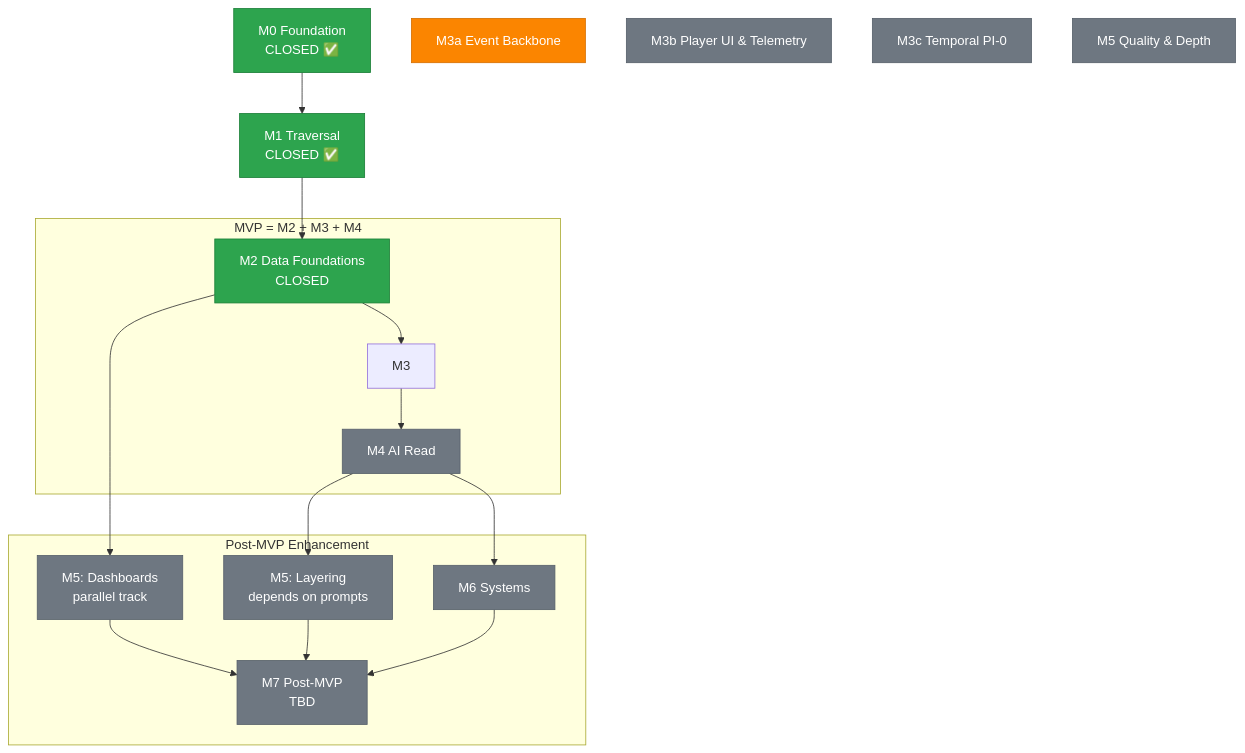
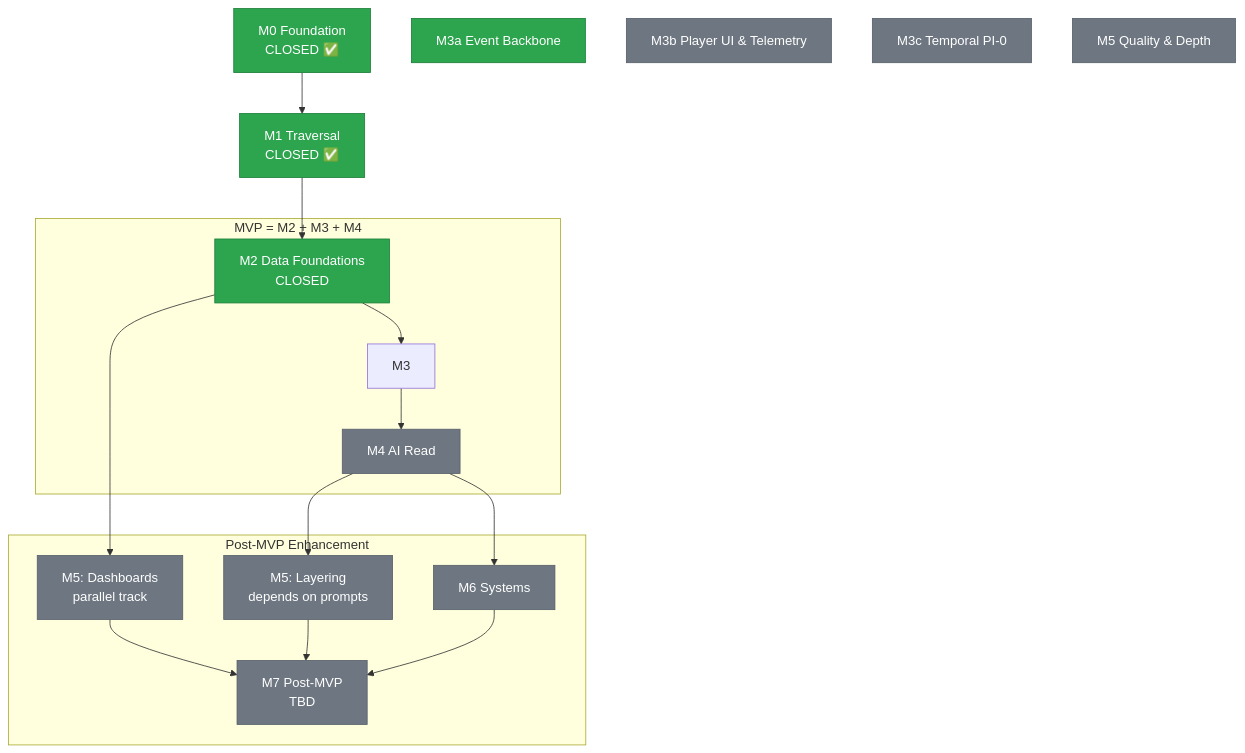
The diagram in docs/roadmap.md (piquet-h/the-shifting-atlas), drawn with Mermaid before and after one commit. The commit also changed other lines of this file and 2 other files, not shown here.

````diff
--- a/docs/roadmap.md
+++ b/docs/roadmap.md
@@ -27,45 +27,44 @@
 ```mermaid
 graph TD
     M0[M0 Foundation<br/>CLOSED ✅]
     M1[M1 Traversal<br/>CLOSED ✅]
     M2[M2 Data Foundations<br/>CLOSED]
     M3a[M3a Event Backbone]
     M3b[M3b Player UI & Telemetry]
     M3c[M3c Temporal PI-0]
     M4[M4 AI Read]
     M5[M5 Quality & Depth]
     M6[M6 Systems]
     M7[M7 Post-MVP<br/>TBD]
 
     M0 --> M1
     M1 --> M2
     M2 --> M3
     M2 --> M5A[M5: Dashboards<br/>parallel track]
     M3 --> M4
     M4 --> M5B[M5: Layering<br/>depends on prompts]
     M4 --> M6
     M5A --> M7
     M5B --> M7
     M6 --> M7
 
     classDef closed fill:#2da44e,stroke:#1a7f37,color:#fff
     classDef active fill:#fb8500,stroke:#d67000,color:#fff
     classDef future fill:#6e7781,stroke:#57606a,color:#fff
 
-    class M0,M1,M2 closed
-    class M3a active
+    class M0,M1,M2,M3a closed
     class M3b,M3c,M4,M5,M6,M7,M5A,M5B future
 
     subgraph MVP["MVP = M2 + M3 + M4"]
         M2
         M3
         M4
     end
 
     subgraph POST["Post-MVP Enhancement"]
         M5A
         M5B
         M6
         M7
     end
 ```
````
